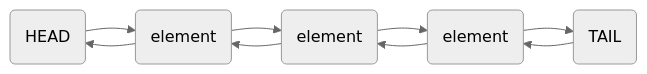
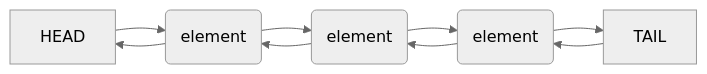
The second of 2 diagrams in notes/linked list.md (Bricktech2000/Notes), drawn with Mermaid (neutral theme) before and after one commit. The commit also changed other lines of this file and 309 other files, not shown here.

````diff
--- a/notes/linked list.md
+++ b/notes/linked list.md
@@ -27,5 +27,5 @@
 ```mermaid
 graph LR
-  A(HEAD) --> B(element) --> C(element) --> D(element) --> E(TAIL)
-  E --> D --> C --> B --> A
+  HEAD --> E1(element) --> E2(element) --> E3(element) --> TAIL
+  TAIL --> E3 --> E2 --> E1 --> HEAD
 ```
````
